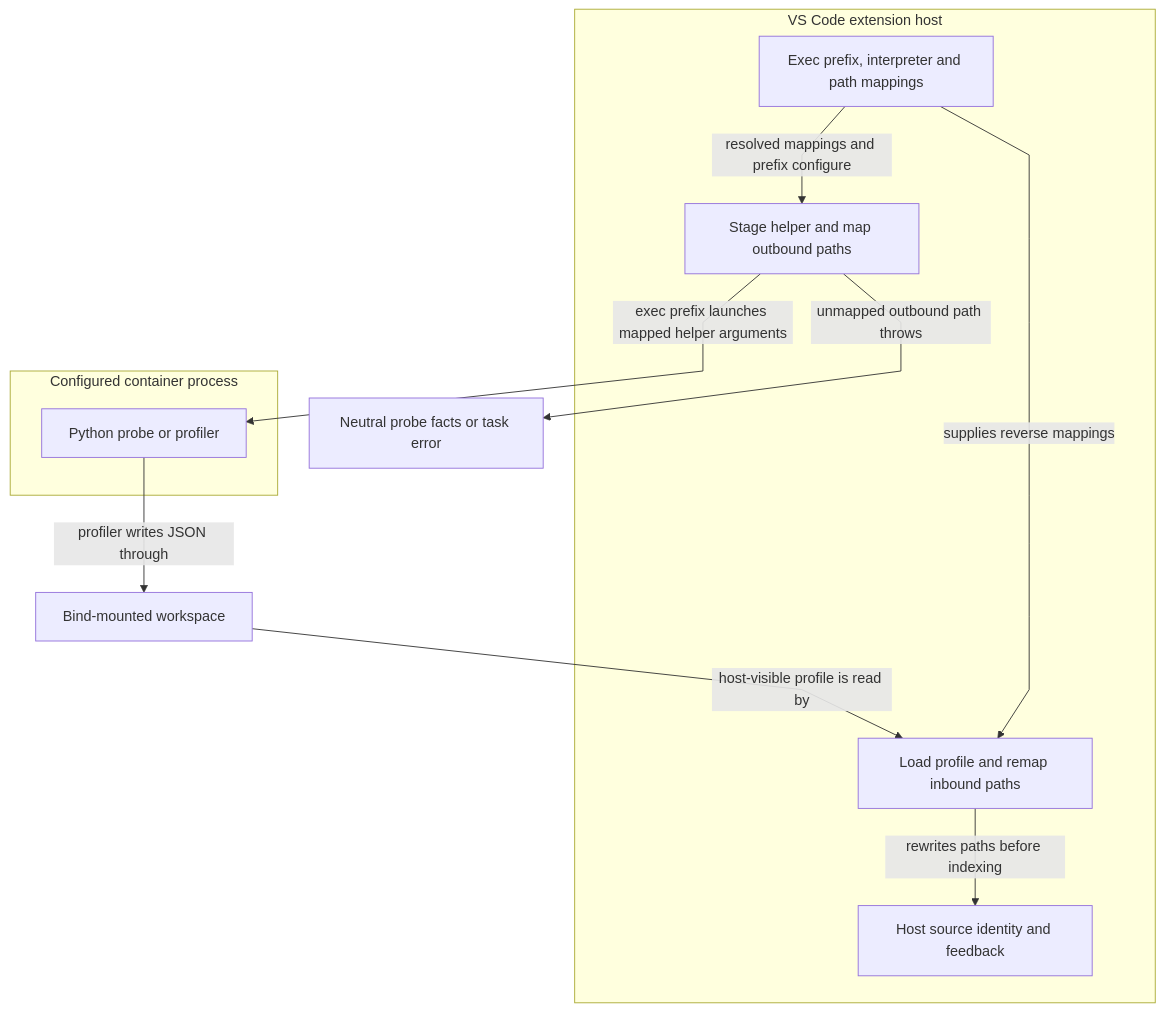
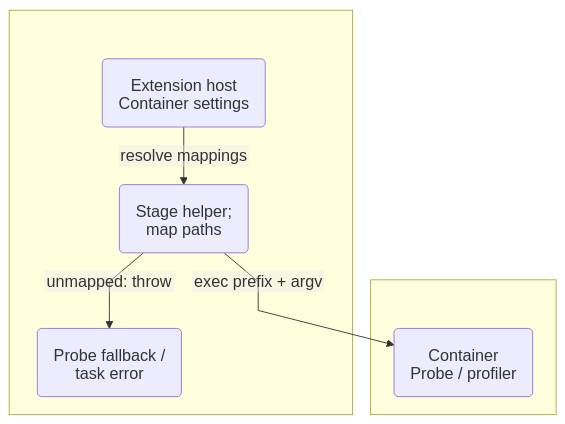
Diagram 17 of 23 in docs/feature-map.md (AashishTangnami/python-memory-guardian), drawn with Mermaid before and after one commit. The commit also changed other lines of this file, not shown here.

Commit message:
updated mermaid diagram for better readibility.

````diff
--- a/docs/feature-map.md
+++ b/docs/feature-map.md
@@ -403,21 +471,15 @@
 ```mermaid
-%%{init: {"fontFamily":"Inter, ui-sans-serif, system-ui, sans-serif","flowchart":{"curve":"linear","nodeSpacing":50,"rankSpacing":60},"layout":"dagre"}}%%
+%%{init: {"fontFamily":"Arial, sans-serif","themeVariables":{"fontSize":"18px","fontFamily":"Arial, sans-serif"},"flowchart":{"curve":"linear","nodeSpacing":32,"rankSpacing":40,"diagramPadding":8,"padding":18,"subGraphTitleMargin":{"top":10,"bottom":24},"htmlLabels":false},"layout":"dagre","htmlLabels":false,"themeCSS":".node rect, .cluster rect { rx: 10px; ry: 10px; } .label, .nodeLabel, .edgeLabel, .cluster-label { letter-spacing: normal; word-spacing: normal; } .edgeLabel rect { stroke: currentColor !important; stroke-width: 1px !important; stroke-dasharray: none; opacity: 1 !important; fill-opacity: 1; rx: 4px; ry: 4px; }"}}%%
 flowchart TD
-    subgraph HOST["VS Code extension host"]
-      Settings["Exec prefix, interpreter and path mappings"]
-      Stage["Stage helper and map outbound paths"]
-      Load["Load profile and remap inbound paths"]
-      Editor["Host source identity and feedback"]
+subgraph HOST[" "]
+      Config("Extension host<br/>Container settings")
+      Stage("Stage helper;<br/>map paths")
+      Error("Probe fallback /<br/>task error")
     end
-    subgraph CONT["Configured container process"]
-      Target["Python probe or profiler"]
+    subgraph CONT[" "]
+      Target("Container<br/>Probe / profiler")
     end
-    Shared["Bind-mounted workspace"]
-    Settings -->|resolved mappings and prefix configure| Stage
-    Stage -->|exec prefix launches mapped helper arguments| Target
-    Target -->|profiler writes JSON through| Shared
-    Shared -->|host-visible profile is read by| Load
-    Settings -->|supplies reverse mappings| Load
-    Load -->|rewrites paths before indexing| Editor
-    Stage -->|unmapped outbound path throws| Error["Neutral probe facts or task error"]
+    Config -->|resolve mappings| Stage
+    Stage -->|exec prefix + argv| Target
+    Stage -->|unmapped: throw| Error
 ```
````
